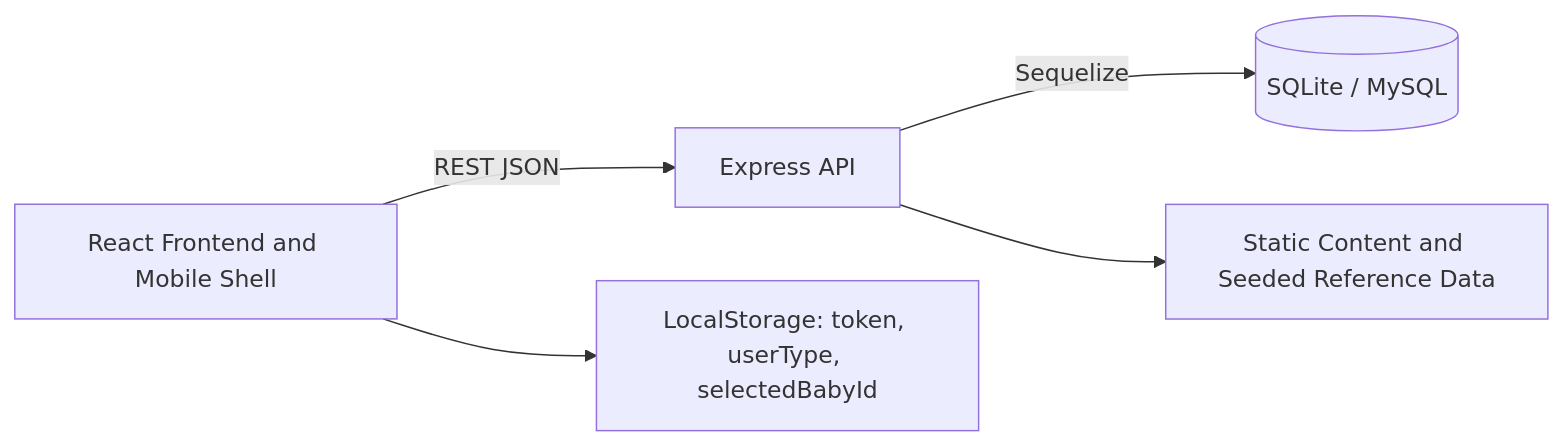
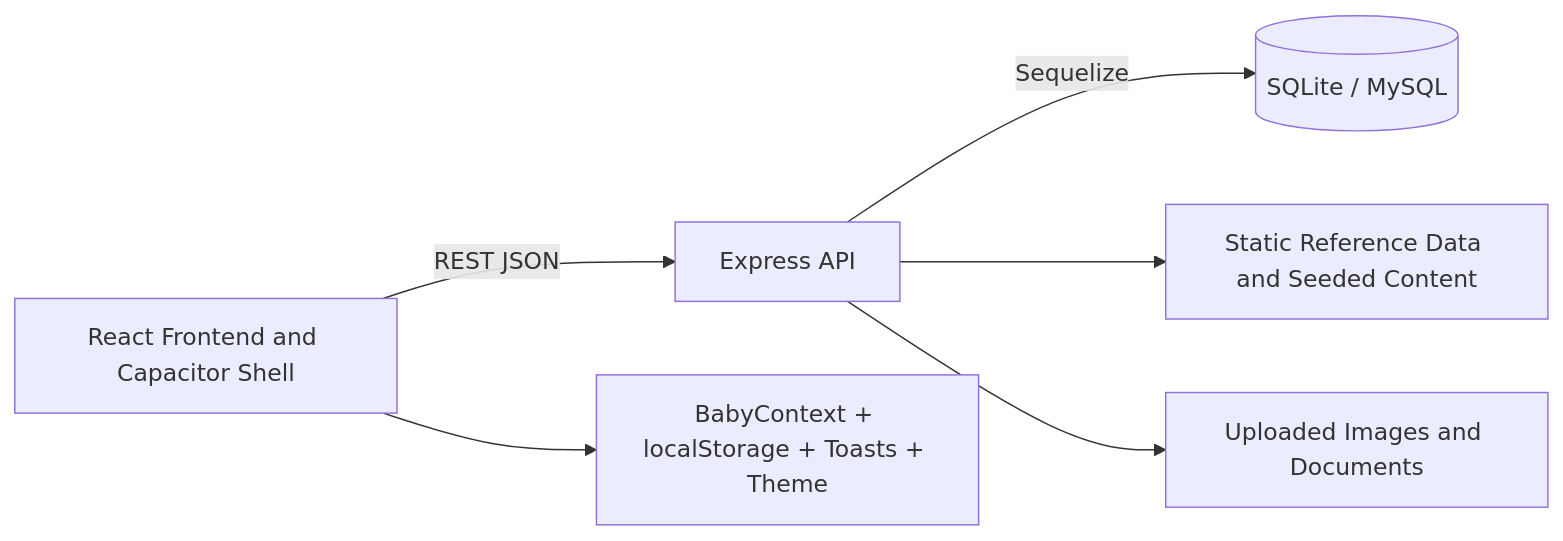
One commit to JagatKC-0506/NutriTrack changed the diagram in about.md. Above: the diagram before and after it, drawn with Mermaid. The commit also changed other lines of this file, not shown here.

````diff
--- a/about.md
+++ b/about.md
@@ -20,7 +317,8 @@
 ```mermaid
 flowchart LR
-  UI[React Frontend and Mobile Shell] -->|REST JSON| API[Express API]
+  UI[React Frontend and Capacitor Shell] -->|REST JSON| API[Express API]
   API -->|Sequelize| DB[(SQLite / MySQL)]
-  API --> Static[Static Content and Seeded Reference Data]
-  UI --> Local[LocalStorage: token, userType, selectedBabyId]
+  API --> Static[Static Reference Data and Seeded Content]
+  API --> Files[Uploaded Images and Documents]
+  UI --> State[BabyContext + localStorage + Toasts + Theme]
 ```
````
